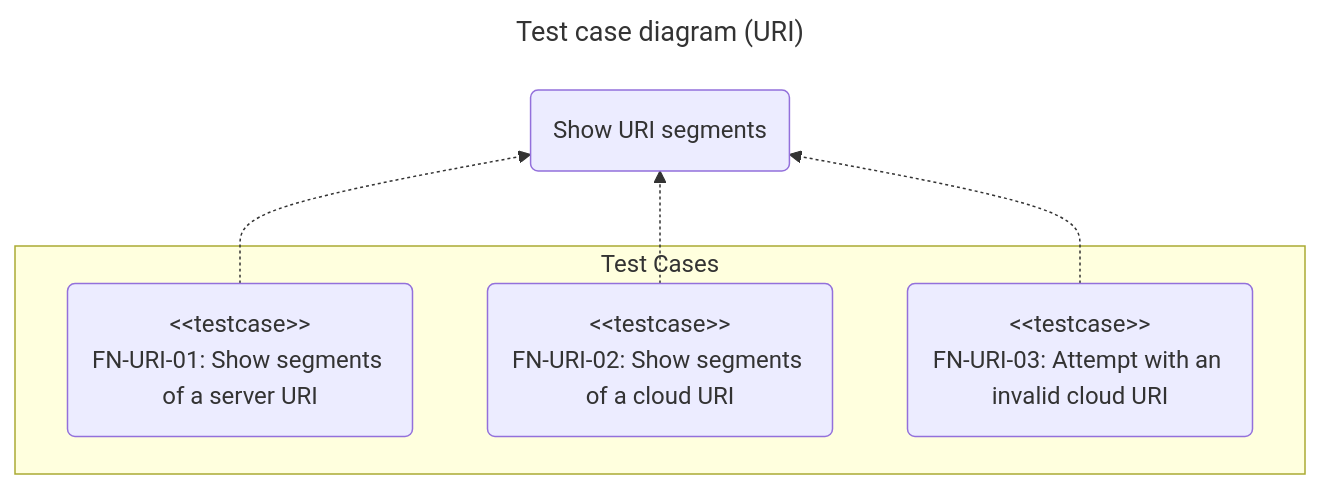
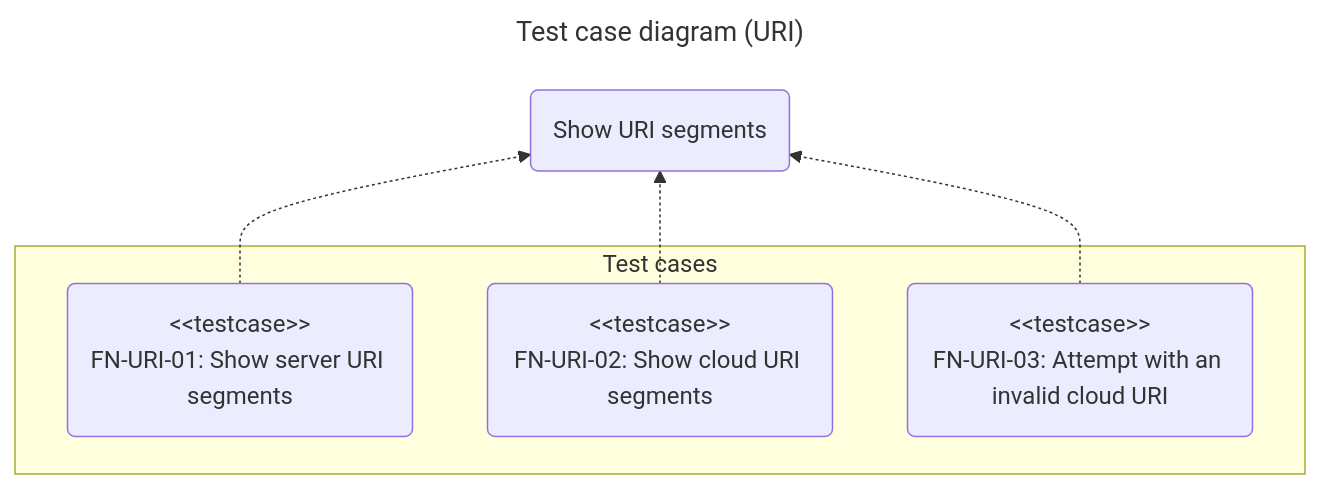
Before and after one commit to chromiodev/chromie-tool: the fourth of 8 diagrams in docs/spec/tests/functional.en.md, drawn with Mermaid. The commit also changed other lines of this file and 22 other files, not shown here.

````diff
--- a/docs/spec/tests/functional.en.md
+++ b/docs/spec/tests/functional.en.md
@@ -320,20 +320,20 @@
 ```mermaid
 ---
 title: Test case diagram (URI)
 config:
 ---
 
 graph BT
   %% use cases
   printUri@{ shape: "rounded", label: "Show URI segments" }
 
-  subgraph "Test Cases"
-    printServerUri@{ shape: "rounded", label: "#lt;#lt;testcase>><br>FN-URI-01: Show segments of a server URI" }
-    printCloudUri@{ shape: "rounded", label: "#lt;#lt;testcase>><br>FN-URI-02: Show segments of a cloud URI" }
+  subgraph "Test cases"
+    printServerUri@{ shape: "rounded", label: "#lt;#lt;testcase>><br>FN-URI-01: Show server URI segments" }
+    printCloudUri@{ shape: "rounded", label: "#lt;#lt;testcase>><br>FN-URI-02: Show cloud URI segments" }
     invalidCloudUri@{ shape: "rounded", label: "#lt;#lt;testcase>><br>FN-URI-03: Attempt with an invalid cloud URI" }
   end
 
   printServerUri -.-> printUri
   printCloudUri -.-> printUri
   invalidCloudUri -.-> printUri
 ```
````
